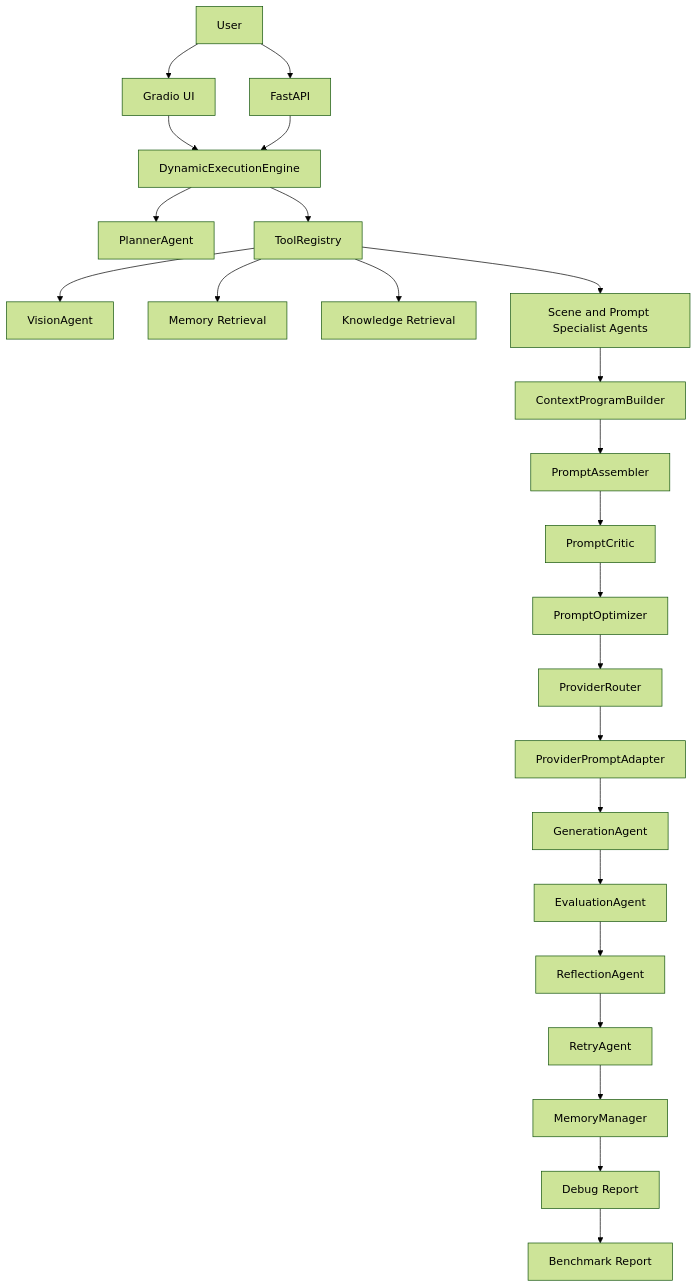
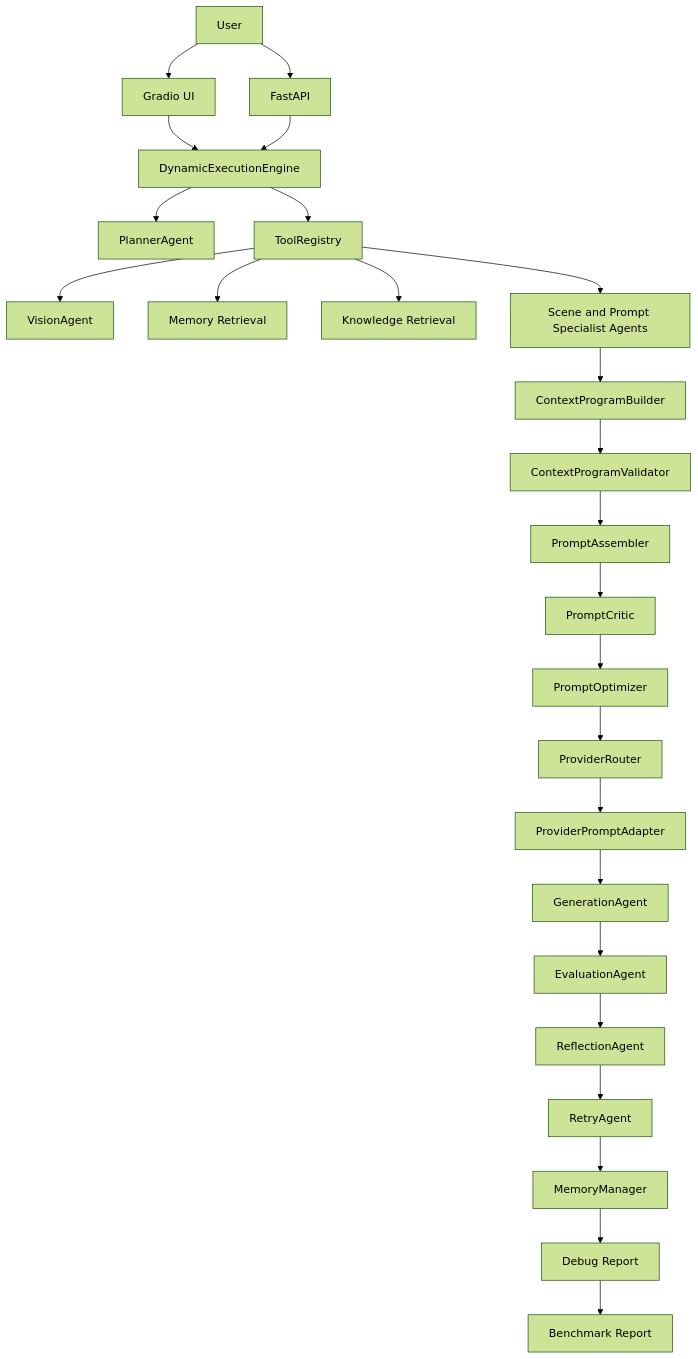
The diagram in docs/architecture.md (wooyybb/multimodal-ai-agent-playground), drawn with Mermaid (forest theme) before and after one commit. The commit also changed other lines of this file and 10 other files, not shown here.

Commit message:
feat(context): add ContextProgramValidator

````diff
--- a/docs/architecture.md
+++ b/docs/architecture.md
@@ -53,26 +54,27 @@
 ```mermaid
 flowchart TD
     U[User] --> UI[Gradio UI]
     U --> API[FastAPI]
     UI --> E[DynamicExecutionEngine]
     API --> E
     E --> P[PlannerAgent]
     E --> R[ToolRegistry]
     R --> V[VisionAgent]
     R --> M1[Memory Retrieval]
     R --> K[Knowledge Retrieval]
     R --> S[Scene and Prompt Specialist Agents]
     S --> CP[ContextProgramBuilder]
-    CP --> PA[PromptAssembler]
+    CP --> CV[ContextProgramValidator]
+    CV --> PA[PromptAssembler]
     PA --> PC[PromptCritic]
     PC --> PO[PromptOptimizer]
     PO --> PR[ProviderRouter]
     PR --> PPA[ProviderPromptAdapter]
     PPA --> G[GenerationAgent]
     G --> EV[EvaluationAgent]
     EV --> RF[ReflectionAgent]
     RF --> RT[RetryAgent]
     RT --> MM[MemoryManager]
     MM --> DR[Debug Report]
     DR --> B[Benchmark Report]
 ```
````
